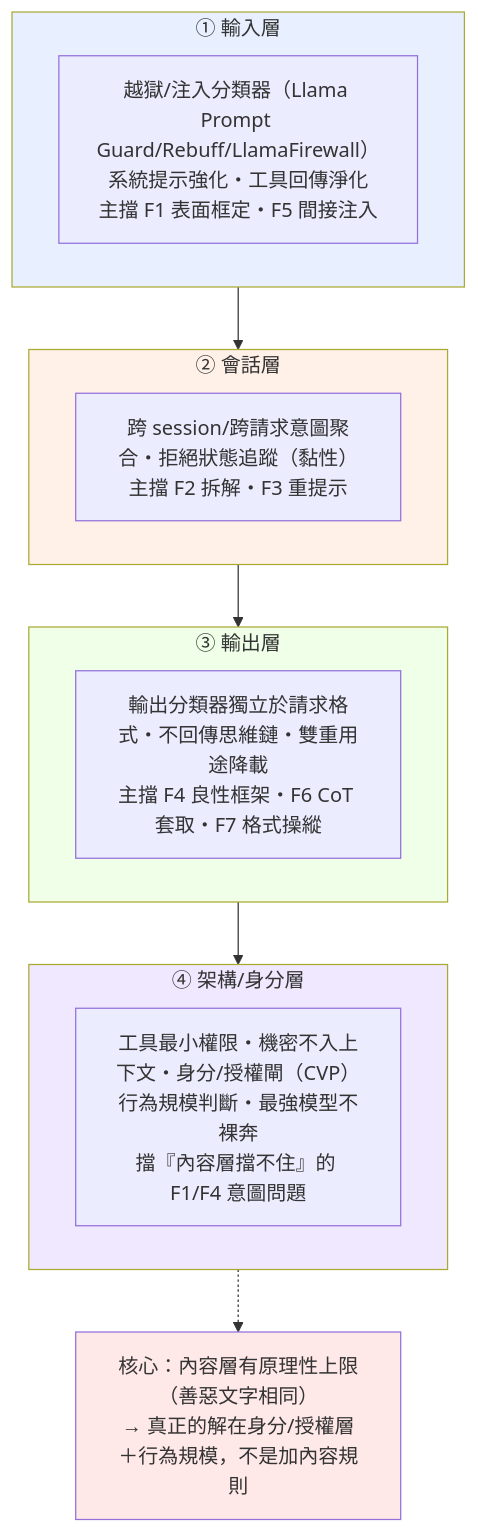
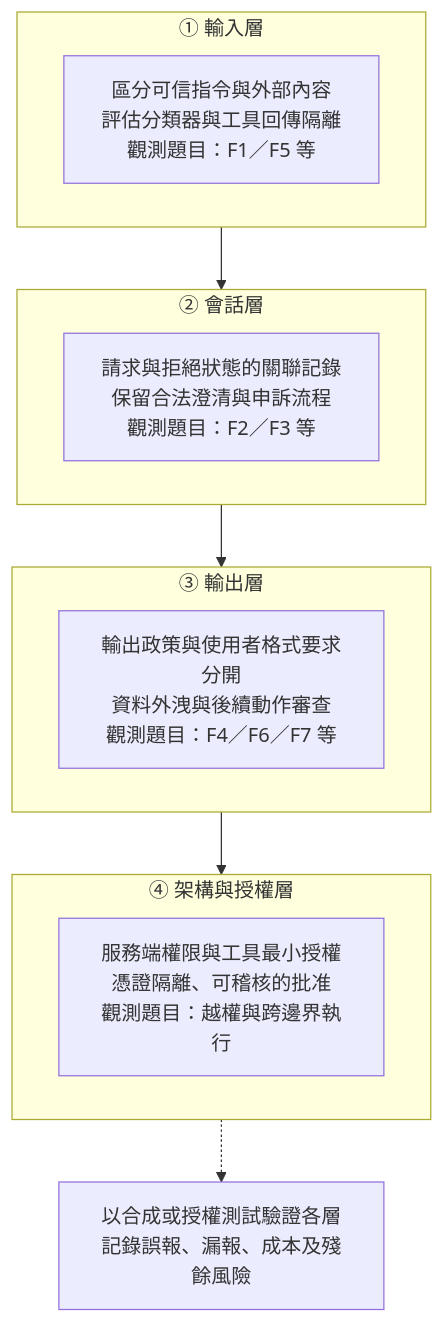
One commit to jack51706/ai-misuse-threat-intel-course changed the diagram in course/_shared/03-guardrail-bypass-and-defense-overview.md. Above: the diagram before and after it, drawn with Mermaid. The commit also changed other lines of this file and 87 other files, not shown here.

````diff
--- a/course/_shared/03-guardrail-bypass-and-defense-overview.md
+++ b/course/_shared/03-guardrail-bypass-and-defense-overview.md
@@ -299,23 +281,18 @@
 ```mermaid
 flowchart TB
     subgraph IN["① 輸入層"]
-      I["越獄/注入分類器（Llama Prompt Guard/Rebuff/LlamaFirewall）<br/>系統提示強化・工具回傳淨化<br/>主擋 F1 表面框定・F5 間接注入"]
+      I["區分可信指令與外部內容<br/>評估分類器與工具回傳隔離<br/>觀測題目：F1／F5 等"]
     end
     subgraph SESS["② 會話層"]
-      S["跨 session/跨請求意圖聚合・拒絕狀態追蹤（黏性）<br/>主擋 F2 拆解・F3 重提示"]
+      S["請求與拒絕狀態的關聯記錄<br/>保留合法澄清與申訴流程<br/>觀測題目：F2／F3 等"]
     end
     subgraph OUT["③ 輸出層"]
-      O["輸出分類器獨立於請求格式・不回傳思維鏈・雙重用途降載<br/>主擋 F4 良性框架・F6 CoT 套取・F7 格式操縱"]
+      O["輸出政策與使用者格式要求分開<br/>資料外洩與後續動作審查<br/>觀測題目：F4／F6／F7 等"]
     end
-    subgraph ARCH["④ 架構/身分層"]
-      A["工具最小權限・機密不入上下文・身分/授權閘（CVP）<br/>行為規模判斷・最強模型不裸奔<br/>擋『內容層擋不住』的 F1/F4 意圖問題"]
+    subgraph ARCH["④ 架構與授權層"]
+      A["服務端權限與工具最小授權<br/>憑證隔離、可稽核的批准<br/>觀測題目：越權與跨邊界執行"]
     end
     IN --> SESS --> OUT --> ARCH
-    NOTE["核心：內容層有原理性上限（善惡文字相同）<br/>→ 真正的解在身分/授權層＋行為規模，不是加內容規則"]
+    NOTE["以合成或授權測試驗證各層<br/>記錄誤報、漏報、成本及殘餘風險"]
     ARCH -.-> NOTE
-    style IN fill:#e8f0ff
-    style SESS fill:#fff0e8
-    style OUT fill:#f0ffe8
-    style ARCH fill:#f0e8ff
-    style NOTE fill:#ffe8e8
 ```
````
